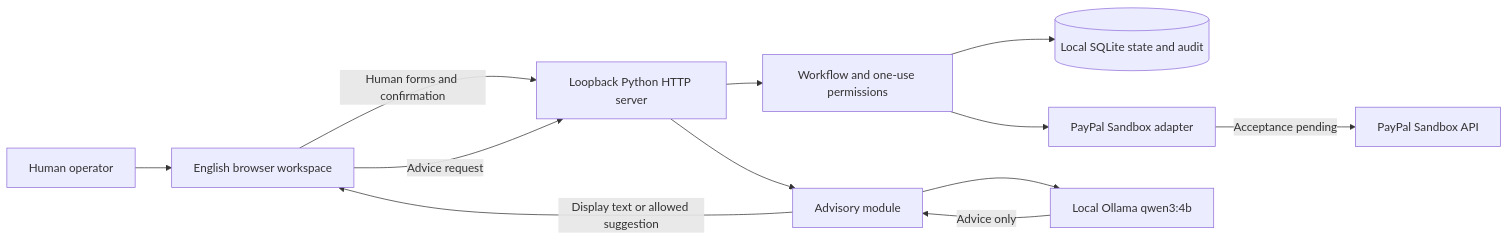
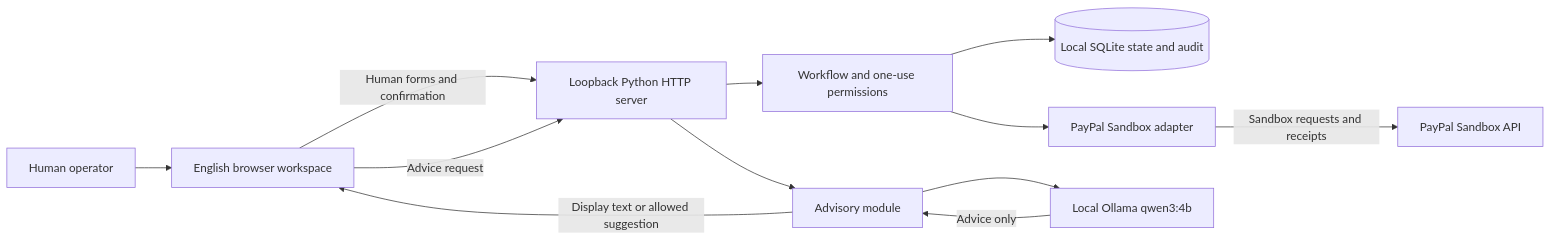
One commit to ChizkiyahuOhayon/milestonepay-agent changed the diagram in README.md. Above: the diagram before and after it, drawn with Mermaid. The commit also changed other lines of this file and 3 other files, not shown here.

````diff
--- a/README.md
+++ b/README.md
@@ -19,14 +19,14 @@
 ```mermaid
 flowchart LR
     H[Human operator] --> UI[English browser workspace]
     UI -->|Human forms and confirmation| APP[Loopback Python HTTP server]
     APP --> WF[Workflow and one-use permissions]
     WF --> DB[(Local SQLite state and audit)]
     WF --> PP[PayPal Sandbox adapter]
-    PP -->|Acceptance pending| SB[PayPal Sandbox API]
+    PP -->|Sandbox requests and receipts| SB[PayPal Sandbox API]
     UI -->|Advice request| APP
     APP --> AD[Advisory module]
     AD --> OL[Local Ollama qwen3:4b]
     OL -->|Advice only| AD
     AD -->|Display text or allowed suggestion| UI
 ```
````
